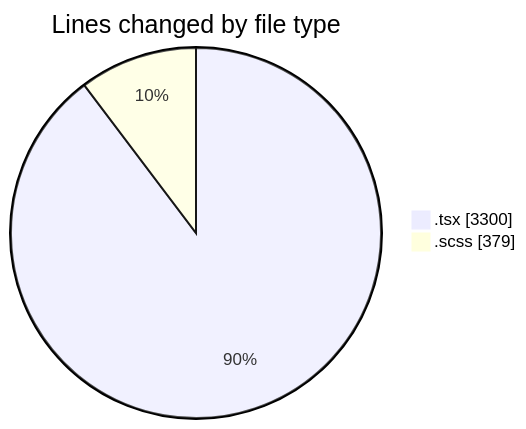
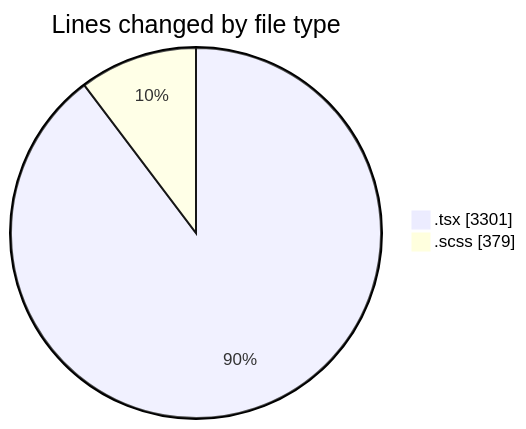
The first of 2 diagrams in 2025-09-30/cda/README.md (momahboobian/code-tracking), drawn with Mermaid before and after one commit. The commit also changed other lines of this file and 1 other file, not shown here.

````diff
--- a/2025-09-30/cda/README.md
+++ b/2025-09-30/cda/README.md
@@ -24,6 +24,6 @@
 ```mermaid
 pie showData
 title Lines changed by file type
-".tsx" : 3300
+".tsx" : 3301
 ".scss" : 379
 ```
````
